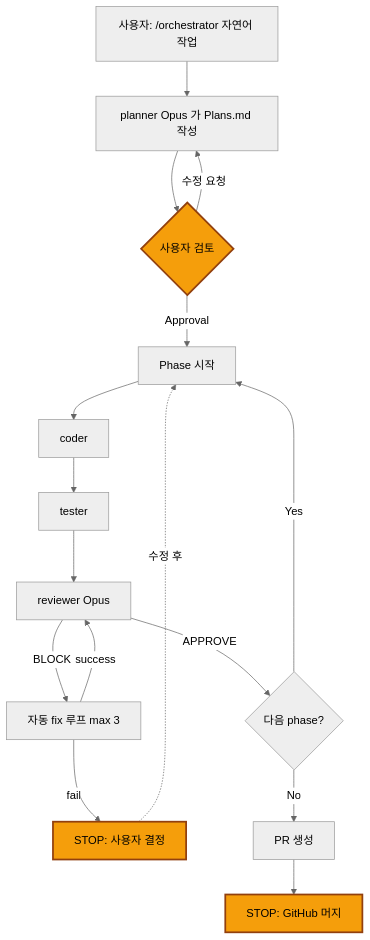
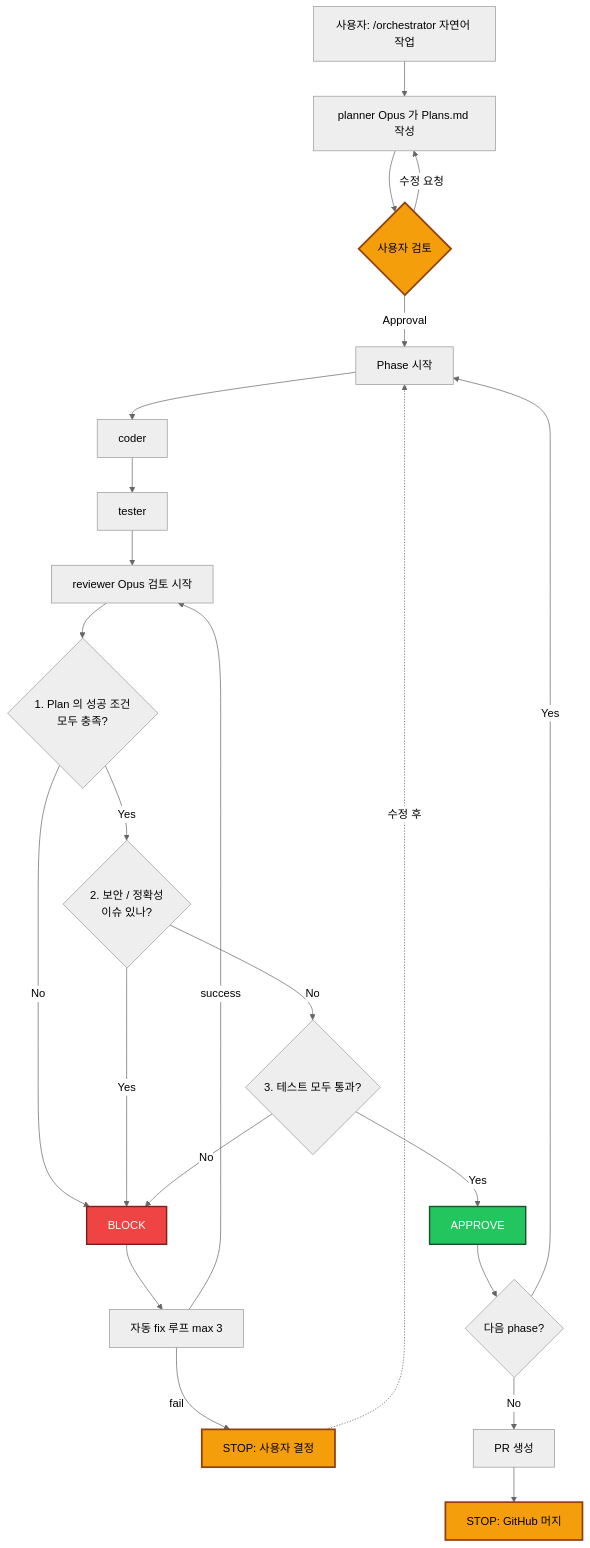
One commit to jangheejeong/claude-code-harness changed the diagram in README.md. Above: the diagram before and after it, drawn with Mermaid (neutral theme). The commit also changed other lines of this file, not shown here.

Commit message:
docs(diagram): make reviewer's 3-step verdict logic explicit
The previous flowchart showed APPROVE/BLOCK as opaque branches off
'reviewer'. Updated to expose the actual decision sequence:
  1. all acceptance criteria from Plans.md met?
  2. any security or correctness issue?
  3. all tests pass?
APPROVE only if all three pass; any single failure → BLOCK → auto-fix
loop.

Color coding:
- BLOCK nodes: red (#ef4444)
- APPROVE nodes: green (#22c55e)
- Gate nodes: amber (#f59e0b, unchanged)

Added a one-line callout below the diagram restating the criteria
in prose.

````diff
--- a/README.md
+++ b/README.md
@@ -175,24 +175,36 @@
 ```mermaid
 flowchart TD
     Start[사용자: /orchestrator 자연어 작업] --> Plan[planner Opus 가 Plans.md 작성]
     Plan --> Gate1{사용자 검토}
     Gate1 -->|Approval| Phase[Phase 시작]
     Gate1 -->|수정 요청| Plan
 
     Phase --> Coder[coder]
     Coder --> Tester[tester]
-    Tester --> Reviewer[reviewer Opus]
+    Tester --> R[reviewer Opus 검토 시작]
 
-    Reviewer -->|APPROVE| Next{다음 phase?}
-    Reviewer -->|BLOCK| Fix[자동 fix 루프 max 3]
+    R --> C1{1. Plan 의 성공 조건<br/>모두 충족?}
+    C1 -->|No| BLOCK[BLOCK]
+    C1 -->|Yes| C2{2. 보안 / 정확성<br/>이슈 있나?}
+    C2 -->|Yes| BLOCK
+    C2 -->|No| C3{3. 테스트 모두 통과?}
+    C3 -->|No| BLOCK
+    C3 -->|Yes| APPROVE[APPROVE]
+
+    BLOCK --> Fix[자동 fix 루프 max 3]
     Fix -->|fail| Gate2[STOP: 사용자 결정]
-    Fix -->|success| Reviewer
+    Fix -->|success| R
     Gate2 -.수정 후.-> Phase
 
+    APPROVE --> Next{다음 phase?}
     Next -->|Yes| Phase
     Next -->|No| PR[PR 생성]
     PR --> Gate3[STOP: GitHub 머지]
 
     classDef gate fill:#f59e0b,stroke:#92400e,stroke-width:2.5px,color:#000
     class Gate1,Gate2,Gate3 gate
+    classDef block fill:#ef4444,stroke:#7f1d1d,stroke-width:2px,color:#fff
+    class BLOCK block
+    classDef approve fill:#22c55e,stroke:#14532d,stroke-width:2px,color:#fff
+    class APPROVE approve
 ```
````
